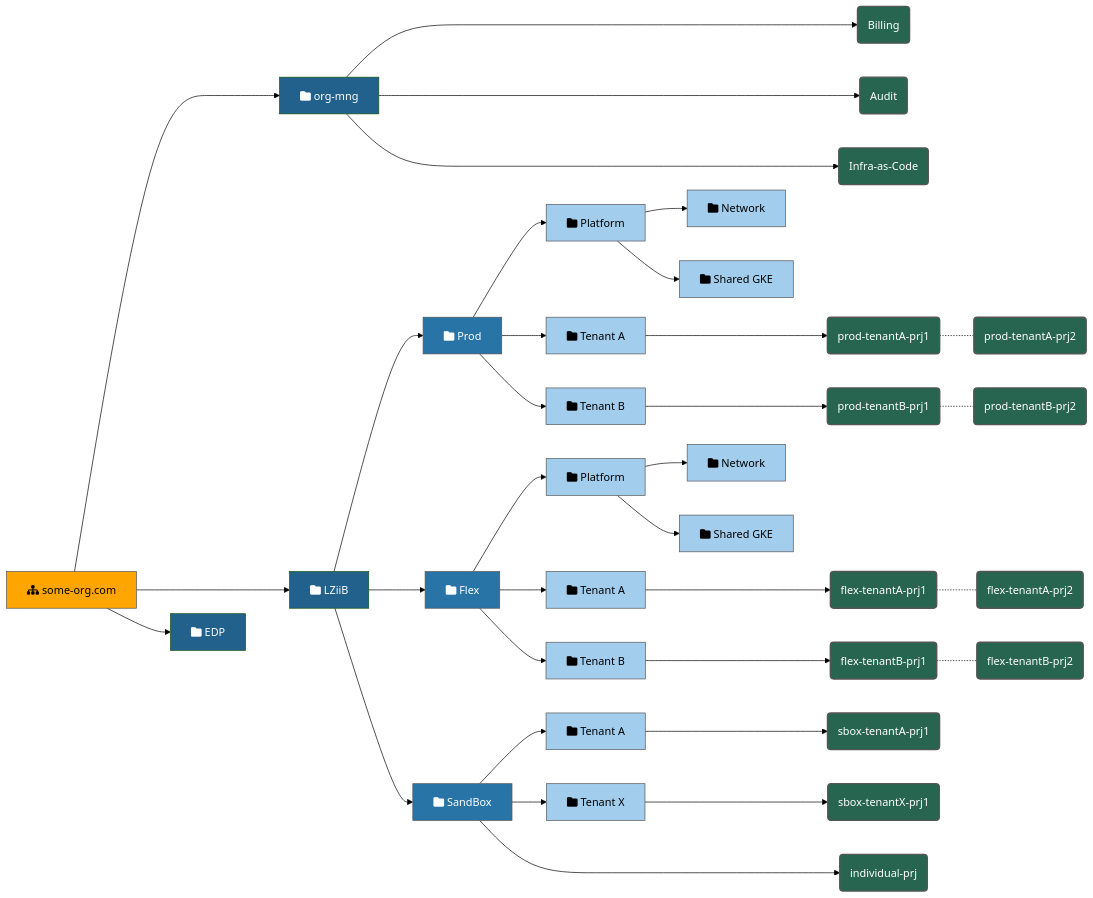
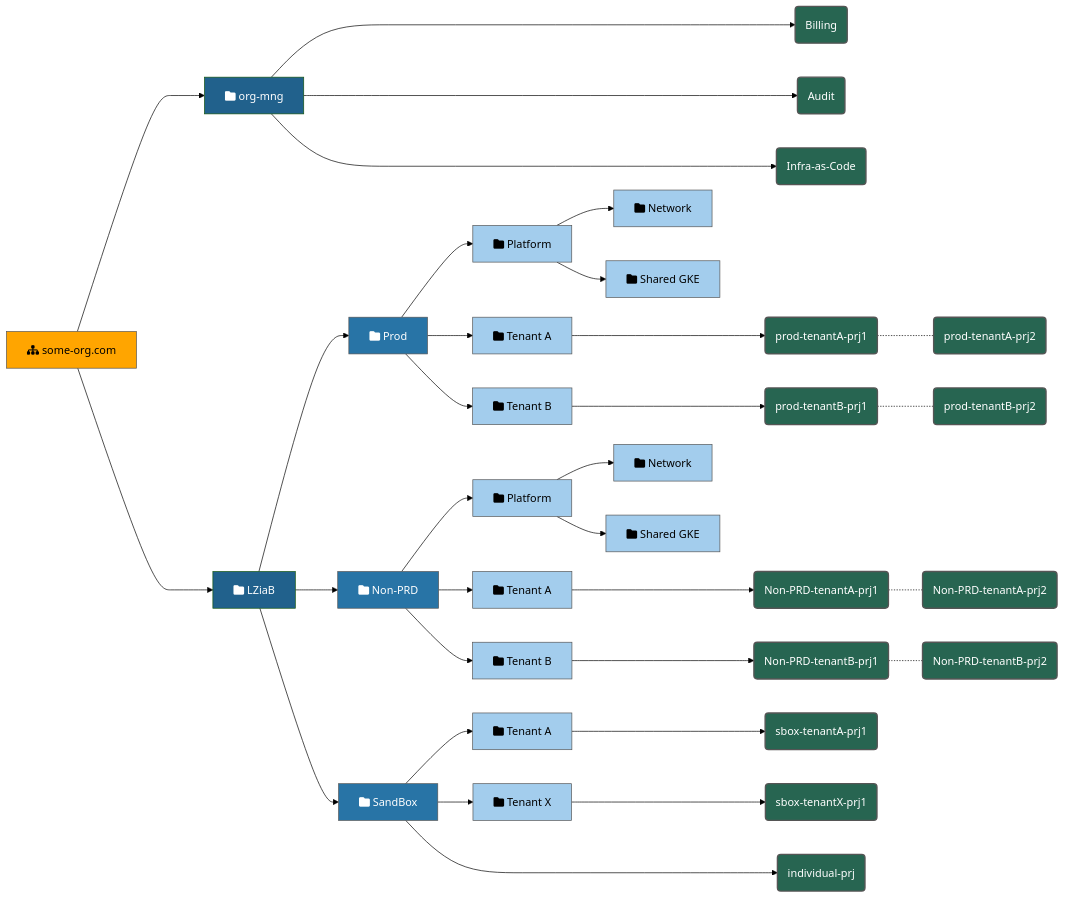
The diagram in content/epam-lz/design-overview.md (derailed-dash/demo-lz-docs), drawn with Mermaid (forest theme) before and after one commit. The commit also changed other lines of this file, not shown here.

Commit message:
LZiiB to LZiaB

```diff
--- a/content/epam-lz/design-overview.md
+++ b/content/epam-lz/design-overview.md
@@ -28,31 +28,30 @@
 {{<mermaid align="left">}}
 graph LR
-    ORG[fa:fa-sitemap some-org.com] ---> MNG[fa:fa-folder org-mng] & LZiiB[fa:fa-folder LZiiB]
-    ORG --> EDP[fa:fa-folder EDP]
-    LZiiB --> PRD[fa:fa-folder Prod] & FLEX[fa:fa-folder Flex] & SBOX[fa:fa-folder SandBox]
+    ORG[fa:fa-sitemap some-org.com] ---> MNG[fa:fa-folder org-mng] & LZiaB[fa:fa-folder LZiaB]
+    LZiaB --> PRD[fa:fa-folder Prod] & Non-PRD[fa:fa-folder Non-PRD] & SBOX[fa:fa-folder SandBox]
     PRD --> PRD-PLT[fa:fa-folder Platform] & PRD-A[fa:fa-folder Tenant A] & PRD-B[fa:fa-folder Tenant B]
     PRD-PLT --> PRD-PLT-NET[fa:fa-folder Network] & PRD-SHARED-GKE[fa:fa-folder Shared GKE]
-    FLEX --> NPD-PLT[fa:fa-folder Platform] & NPD-A[fa:fa-folder Tenant A] & NPD-B[fa:fa-folder Tenant B]
+    Non-PRD --> NPD-PLT[fa:fa-folder Platform] & NPD-A[fa:fa-folder Tenant A] & NPD-B[fa:fa-folder Tenant B]
     NPD-PLT --> NPD-PLT-NET[fa:fa-folder Network] & NPD-SHARED-GKE[fa:fa-folder Shared GKE]
     SBOX --> SBOX-A[fa:fa-folder Tenant A] & SBOX-X[fa:fa-folder Tenant X]
     SBOX-A ---> SBOX-A-1(sbox-tenantA-prj1)
     SBOX-X ---> SBOX-X-1(sbox-tenantX-prj1)
     SBOX ----> TEN-Y(individual-prj)
     MNG -----> M(Billing) & N(Audit) & O(Infra-as-Code)
     PRD-A ---> PRD-A-1(prod-tenantA-prj1) -.- PRD-A-2(prod-tenantA-prj2)
     PRD-B ---> PRD-B-1(prod-tenantB-prj1) -.- PRD-B-2(prod-tenantB-prj2)
-    NPD-A ---> NPD-A-1(flex-tenantA-prj1) -.- NPD-A-2(flex-tenantA-prj2)
-    NPD-B ---> NPD-B-1(flex-tenantB-prj1) -.- NPD-B-2(flex-tenantB-prj2)
+    NPD-A ---> NPD-A-1(Non-PRD-tenantA-prj1) -.- NPD-A-2(Non-PRD-tenantA-prj2)
+    NPD-B ---> NPD-B-1(Non-PRD-tenantB-prj1) -.- NPD-B-2(Non-PRD-tenantB-prj2)
     
     classDef orange fill:#ffa500,stroke:#555;
     classDef darkblue fill:#21618C,color:white;
     classDef blue fill:#2874A6,stroke:#555,color:white;
     classDef lightblue fill:#a3cded,stroke:#555;
     classDef green fill:#276551,color:white,stroke:#555,stroke-width:2px;
     class ORG orange
-    class MNG,LZiiB,EDP darkblue
-    class PRD,FLEX,SBOX blue
+    class MNG,LZiaB,EDP darkblue
+    class PRD,Non-PRD,SBOX blue
     class PRD-PLT,PRD-A,PRD-B,SBOX-A,SBOX-X,PRD-PLT-NET,PRD-SHARED-GKE lightblue
     class NPD-PLT,NPD-A,NPD-B,NPD-PLT-NET,NPD-SHARED-GKE lightblue
     class M,N,O,PRD-A-1,PRD-A-2,NPD-A-1,NPD-A-2,PRD-B-1,PRD-B-2,NPD-B-1,NPD-B-2,SBOX-A-1,SBOX-X-1,TEN-Y,TEN-X green
 {{< /mermaid >}}
```
